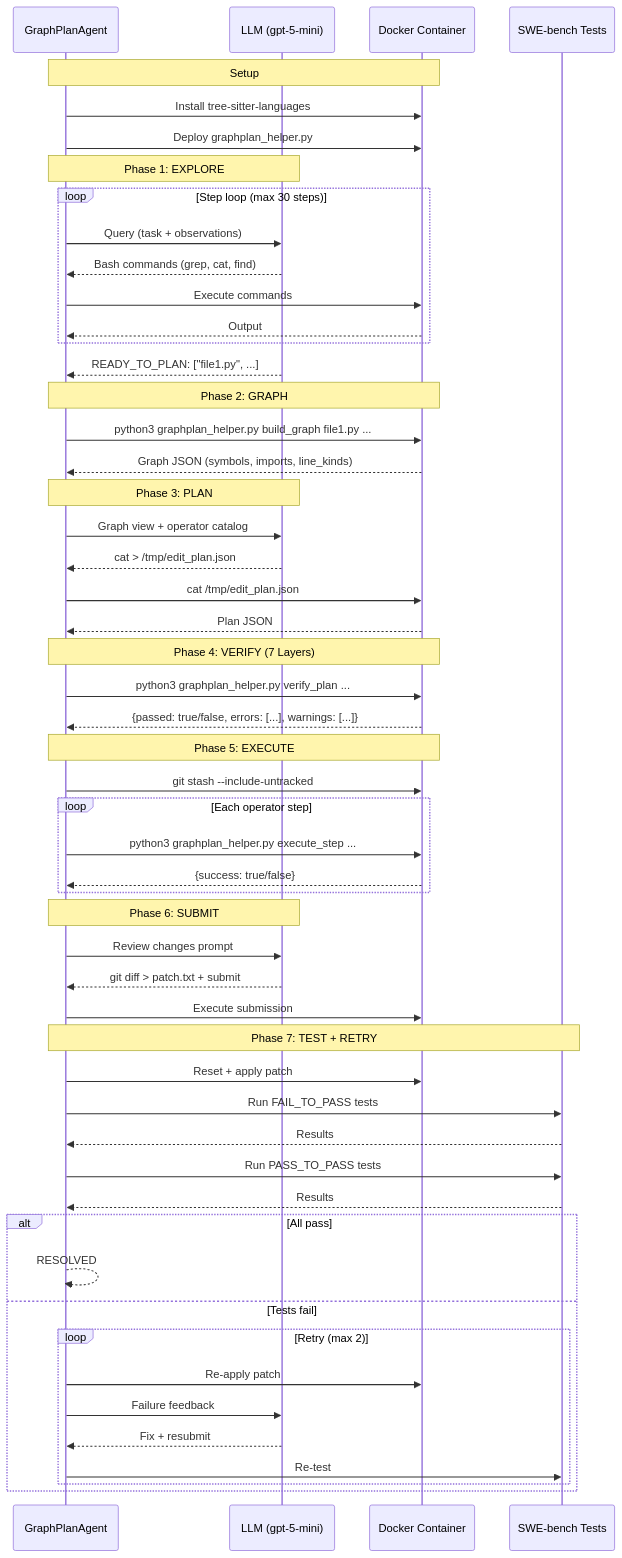
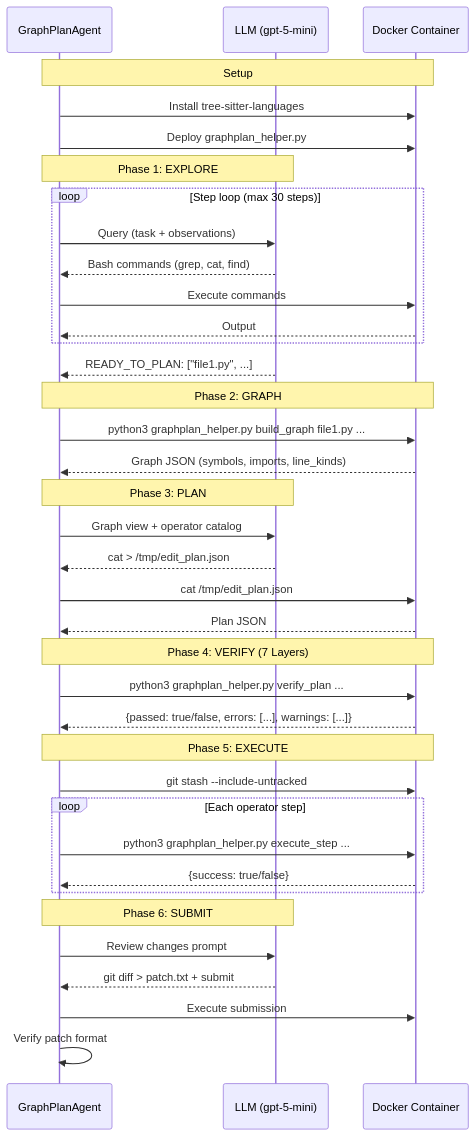
One commit to toreleon/graph-transform-agent changed the second of 16 diagrams in _bmad-output/research/graphplan-architecture.md. Above: the diagram before and after it, drawn with Mermaid. The commit also changed other lines of this file and 4 other files, not shown here.

First line of the commit message:
Remove in-agent SWE-bench test evaluation to prevent cheating

````diff
--- a/_bmad-output/research/graphplan-architecture.md
+++ b/_bmad-output/research/graphplan-architecture.md
@@ -66,63 +64,45 @@
 ```mermaid
 sequenceDiagram
     participant Agent as GraphPlanAgent
     participant LLM as LLM (gpt-5-mini)
     participant Docker as Docker Container
-    participant Tests as SWE-bench Tests
-
     Note over Agent,Docker: Setup
     Agent->>Docker: Install tree-sitter-languages
     Agent->>Docker: Deploy graphplan_helper.py
 
     Note over Agent,LLM: Phase 1: EXPLORE
     loop Step loop (max 30 steps)
         Agent->>LLM: Query (task + observations)
         LLM-->>Agent: Bash commands (grep, cat, find)
         Agent->>Docker: Execute commands
         Docker-->>Agent: Output
     end
     LLM-->>Agent: READY_TO_PLAN: ["file1.py", ...]
 
     Note over Agent,Docker: Phase 2: GRAPH
     Agent->>Docker: python3 graphplan_helper.py build_graph file1.py ...
     Docker-->>Agent: Graph JSON (symbols, imports, line_kinds)
 
     Note over Agent,LLM: Phase 3: PLAN
     Agent->>LLM: Graph view + operator catalog
     LLM-->>Agent: cat > /tmp/edit_plan.json
     Agent->>Docker: cat /tmp/edit_plan.json
     Docker-->>Agent: Plan JSON
 
     Note over Agent,Docker: Phase 4: VERIFY (7 Layers)
     Agent->>Docker: python3 graphplan_helper.py verify_plan ...
     Docker-->>Agent: {passed: true/false, errors: [...], warnings: [...]}
 
     Note over Agent,Docker: Phase 5: EXECUTE
     Agent->>Docker: git stash --include-untracked
     loop Each operator step
         Agent->>Docker: python3 graphplan_helper.py execute_step ...
         Docker-->>Agent: {success: true/false}
     end
 
     Note over Agent,LLM: Phase 6: SUBMIT
     Agent->>LLM: Review changes prompt
     LLM-->>Agent: git diff > patch.txt + submit
     Agent->>Docker: Execute submission
-
-    Note over Agent,Tests: Phase 7: TEST + RETRY
-    Agent->>Docker: Reset + apply patch
-    Agent->>Tests: Run FAIL_TO_PASS tests
-    Tests-->>Agent: Results
-    Agent->>Tests: Run PASS_TO_PASS tests
-    Tests-->>Agent: Results
-    alt All pass
-        Agent-->>Agent: RESOLVED
-    else Tests fail
-        loop Retry (max 2)
-            Agent->>Docker: Re-apply patch
-            Agent->>LLM: Failure feedback
-            LLM-->>Agent: Fix + resubmit
-            Agent->>Tests: Re-test
-        end
-    end
+    Agent->>Agent: Verify patch format
 ```
````
